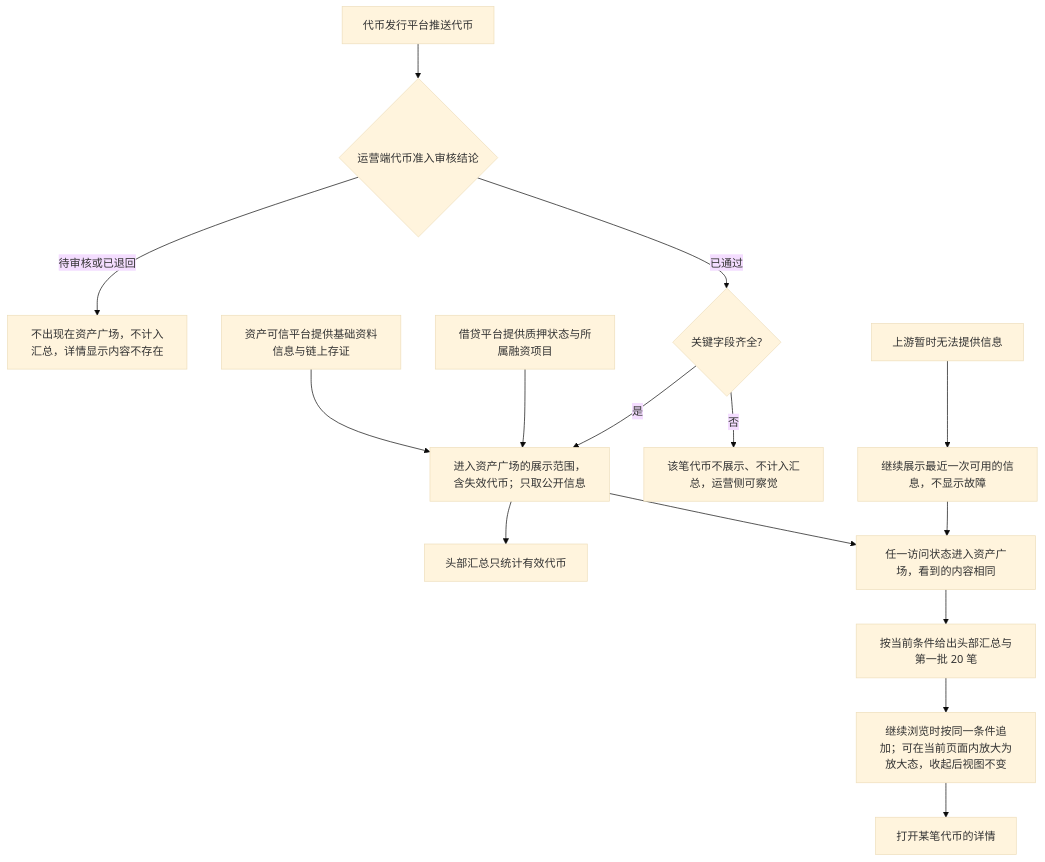
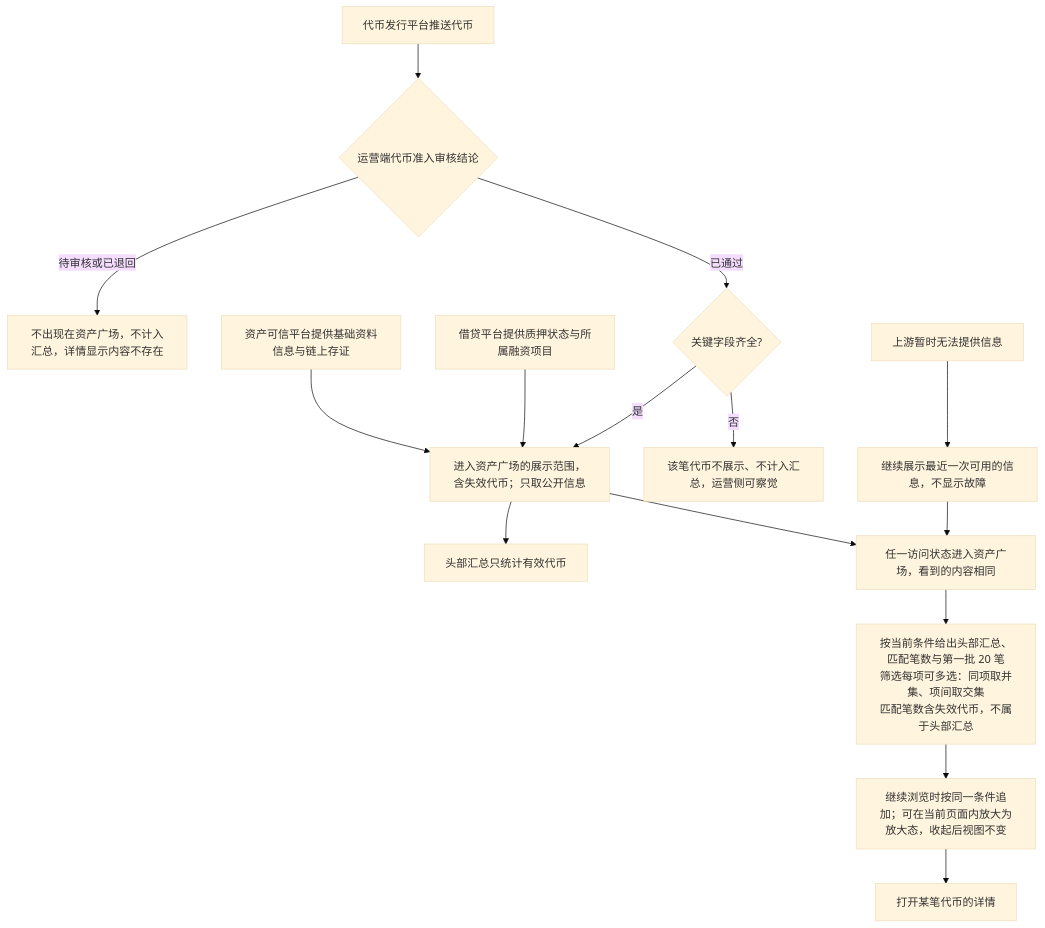
The first of 6 diagrams in lending-platform/PRD/面客端/04-资产广场-已上架代币只读域/02-资产广场-流程图与状态机.md (wxblockchain/Chain-Financing), drawn with Mermaid (base theme) before and after one commit. The commit also changed other lines of this file and 38 other files, not shown here.

````diff
--- a/lending-platform/PRD/面客端/04-资产广场-已上架代币只读域/02-资产广场-流程图与状态机.md
+++ b/lending-platform/PRD/面客端/04-资产广场-已上架代币只读域/02-资产广场-流程图与状态机.md
@@ -19,17 +19,17 @@
 ```mermaid
 flowchart TD
   T[代币发行平台推送代币] --> A{运营端代币准入审核结论}
   A -->|待审核或已退回| N[不出现在资产广场，不计入汇总，详情显示内容不存在]
   A -->|已通过| B{关键字段齐全?}
   S[资产可信平台提供基础资料信息与链上存证] --> D
   P[借贷平台提供质押状态与所属融资项目] --> D
   B -->|否| C[该笔代币不展示、不计入汇总，运营侧可察觉]
   B -->|是| D[进入资产广场的展示范围，含失效代币；只取公开信息]
   D --> Q[头部汇总只统计有效代币]
   D --> E[任一访问状态进入资产广场，看到的内容相同]
-  E --> F[按当前条件给出头部汇总与第一批 20 笔]
+  E --> F[按当前条件给出头部汇总、匹配笔数与第一批 20 笔<br/>筛选每项可多选：同项取并集、项间取交集<br/>匹配笔数含失效代币，不属于头部汇总]
   F --> G[继续浏览时按同一条件追加；可在当前页面内放大为放大态，收起后视图不变]
   G --> H[打开某笔代币的详情]
   U[上游暂时无法提供信息] --> V[继续展示最近一次可用的信息，不显示故障]
   V --> E
 ```
````
